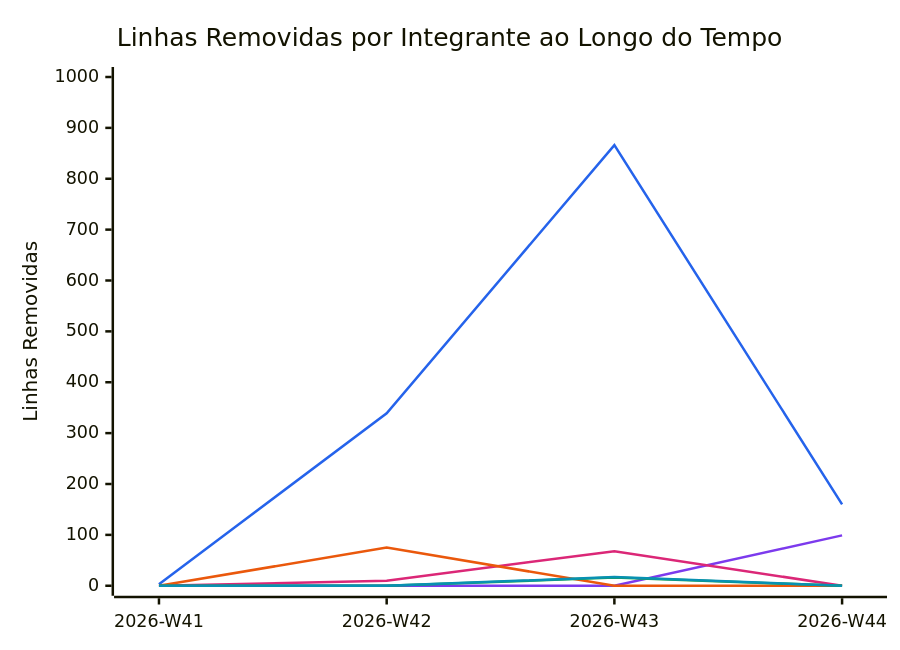
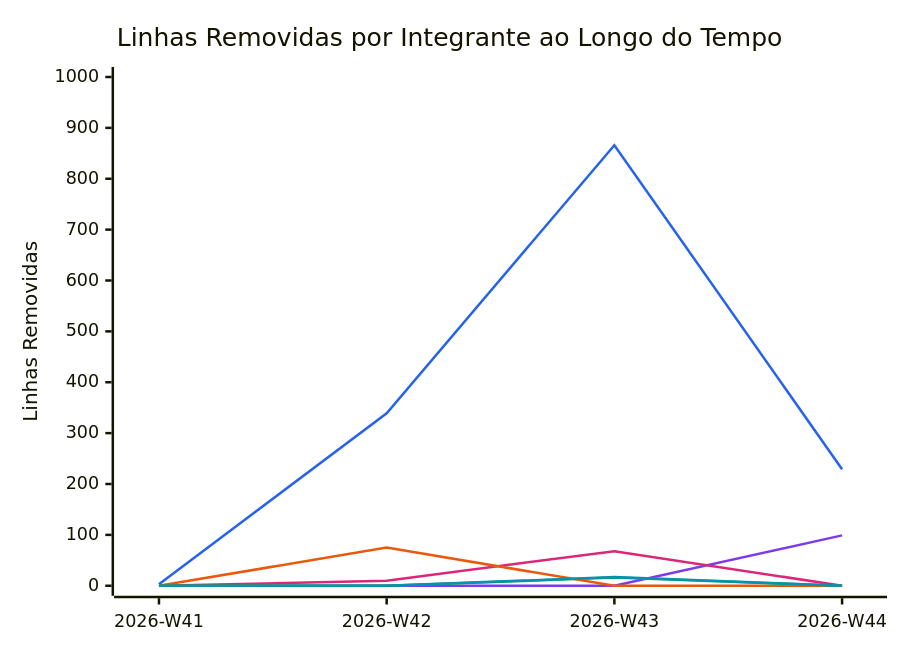
One commit to FCTE-Qualidade-de-Software-1/2026-2_T02_FRANS_BILAS changed the diagram in documentation/snippets/management/code-deletions.mmd. Above: the diagram before and after it, drawn with Mermaid. The commit also changed 4 other files, not shown here.

```diff
--- a/documentation/snippets/management/code-deletions.mmd
+++ b/documentation/snippets/management/code-deletions.mmd
@@ -1,11 +1,11 @@
 %%{init: {"themeVariables": {"xyChart": {"plotColorPalette": "#2563eb, #7c3aed, #db2777, #ea580c, #16a34a, #0891b2"}}}}%%
 xychart-beta
     title "Linhas Removidas por Integrante ao Longo do Tempo"
     x-axis ["2026-W41", "2026-W42", "2026-W43", "2026-W44"]
     y-axis "Linhas Removidas" 0 --> 1000
-    line [3, 339, 866, 160]
+    line [3, 339, 866, 229]
     line [0, 0, 0, 99]
     line [0, 10, 68, 0]
     line [0, 75, 0, 0]
     line [0, 0, 16, 0]
     line [0, 0, 17, 0]
```
